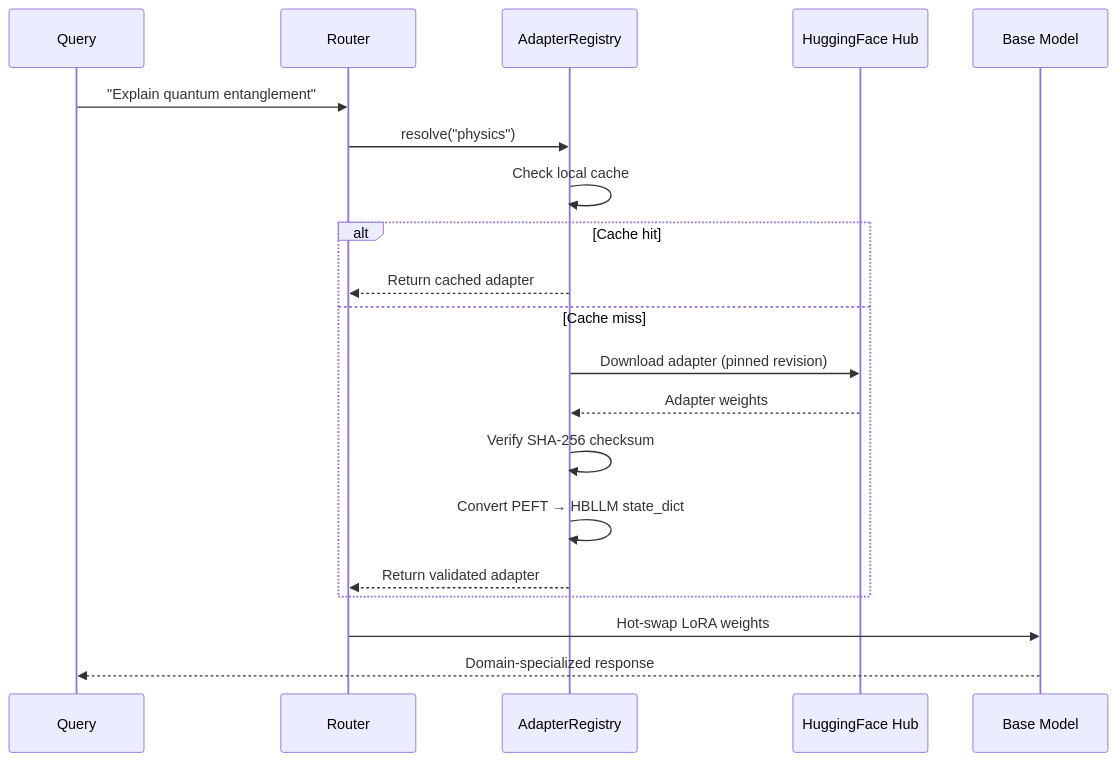
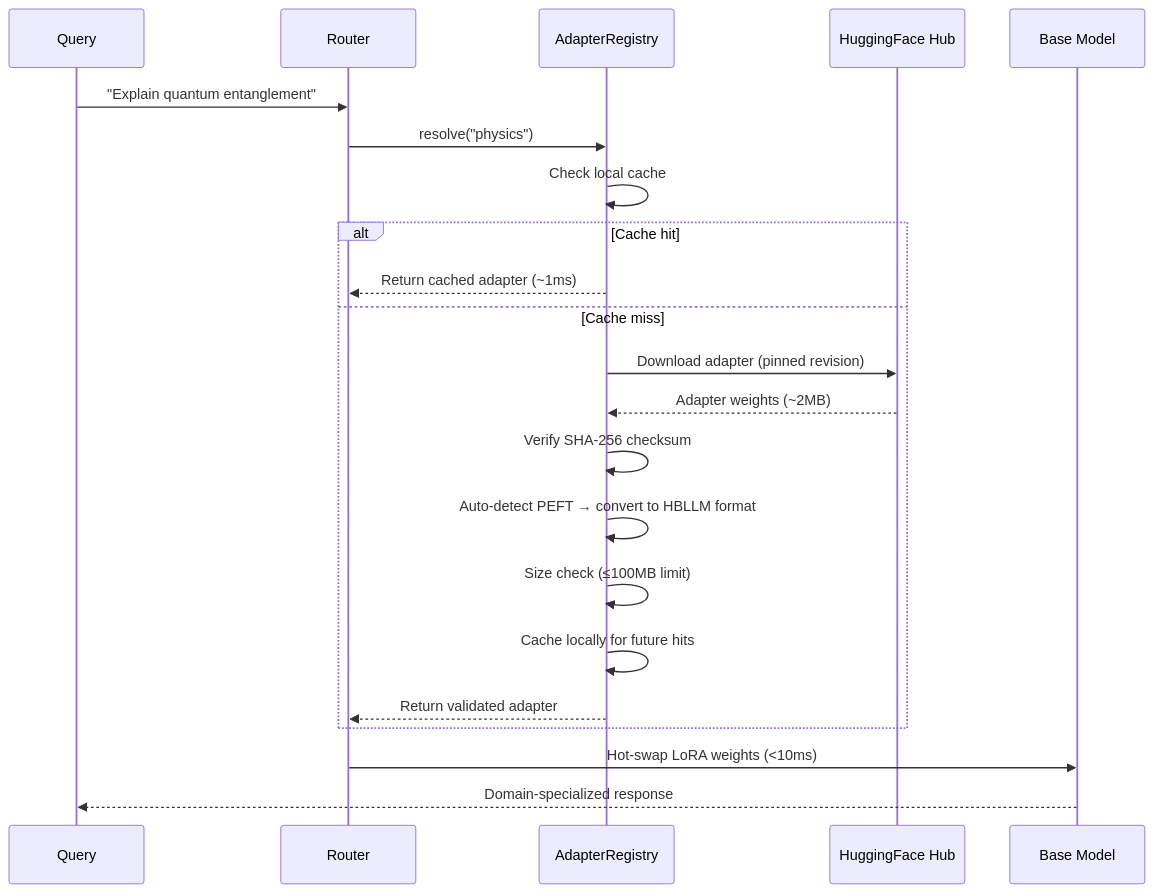
Before and after one commit to HBLLM/hbllm-core: the second of 2 diagrams in docs/zoning/lora-routing.md, drawn with Mermaid. The commit also changed other lines of this file, not shown here.

First line of the commit message:
docs: Showcase LoRA adapter system and automatic domain download capability

````diff
--- a/docs/zoning/lora-routing.md
+++ b/docs/zoning/lora-routing.md
@@ -10,23 +50,25 @@
 ```mermaid
 sequenceDiagram
     participant Q as Query
     participant R as Router
     participant AR as AdapterRegistry
     participant HF as HuggingFace Hub
     participant M as Base Model
 
     Q->>R: "Explain quantum entanglement"
     R->>AR: resolve("physics")
     AR->>AR: Check local cache
     alt Cache hit
-        AR-->>R: Return cached adapter
+        AR-->>R: Return cached adapter (~1ms)
     else Cache miss
         AR->>HF: Download adapter (pinned revision)
-        HF-->>AR: Adapter weights
+        HF-->>AR: Adapter weights (~2MB)
         AR->>AR: Verify SHA-256 checksum
-        AR->>AR: Convert PEFT → HBLLM state_dict
+        AR->>AR: Auto-detect PEFT → convert to HBLLM format
+        AR->>AR: Size check (≤100MB limit)
+        AR->>AR: Cache locally for future hits
         AR-->>R: Return validated adapter
     end
-    R->>M: Hot-swap LoRA weights
+    R->>M: Hot-swap LoRA weights (<10ms)
     M-->>Q: Domain-specialized response
 ```
````
